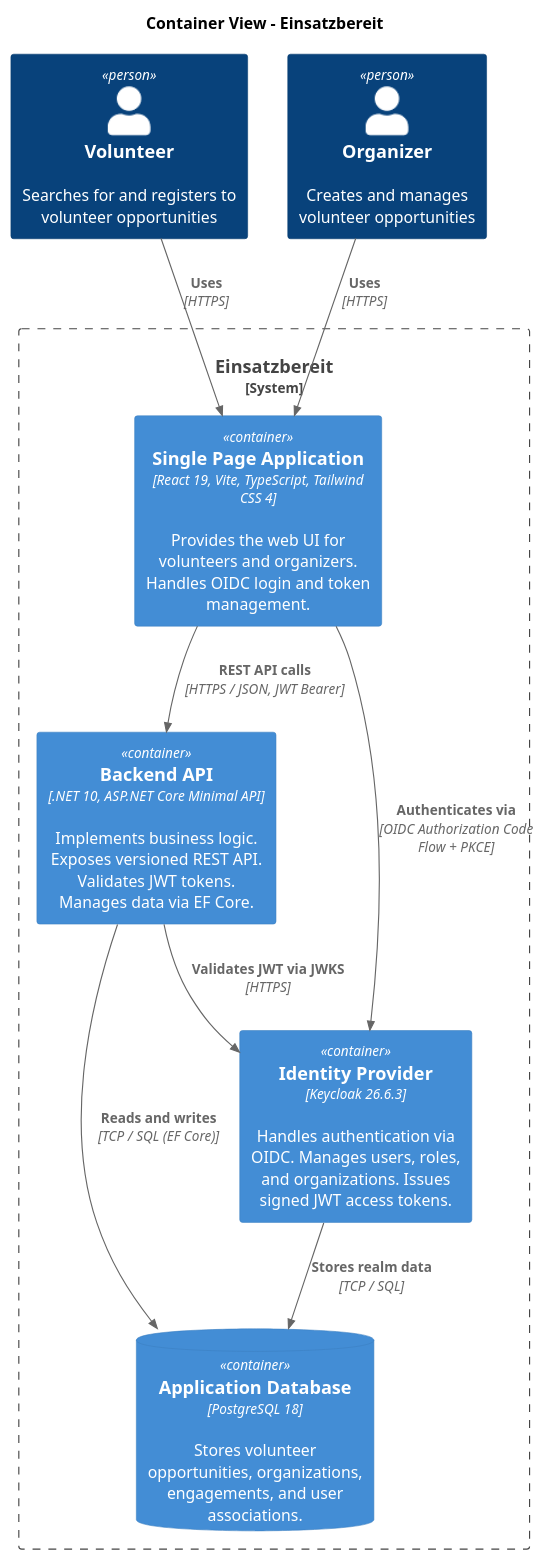
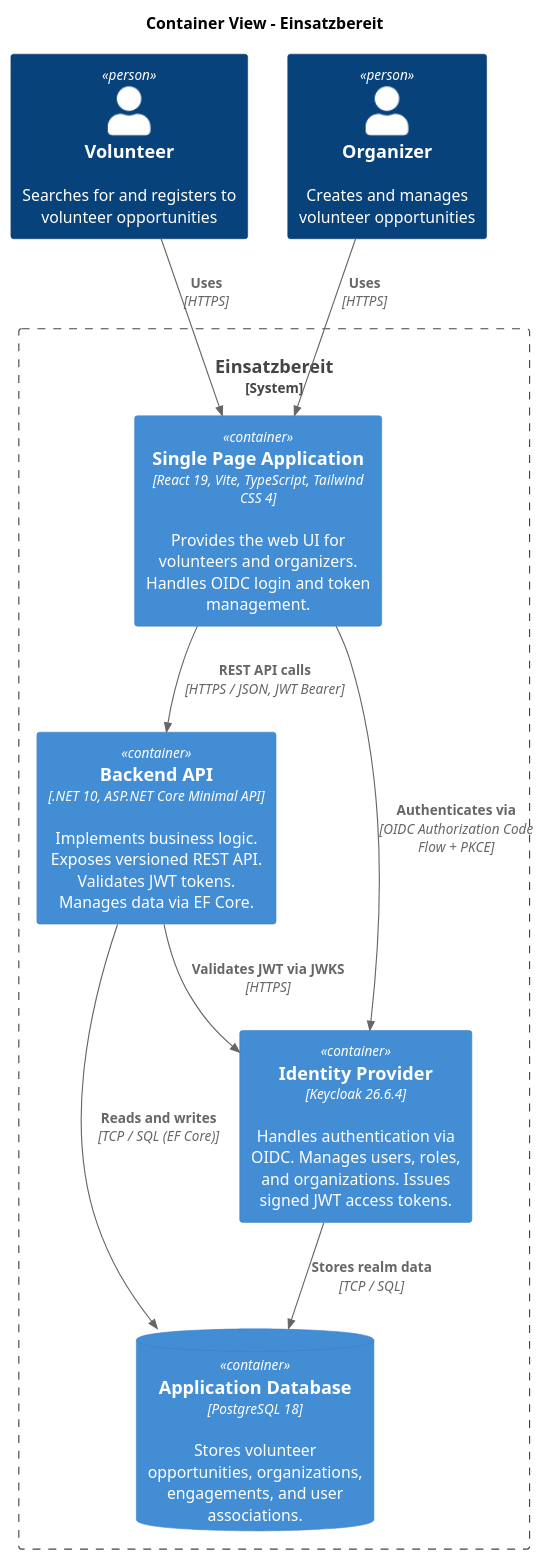
Before and after one commit to maik-hasler/einsatzbereit: the diagram in docs/Architecture/images/container-view.puml, drawn with PlantUML. The commit also changed 6 other files, not shown here.

```diff
--- a/docs/Architecture/images/container-view.puml
+++ b/docs/Architecture/images/container-view.puml
@@ -1,25 +1,25 @@
 @startuml Container View
 
 !include <C4/C4_Container>
 
 title Container View - Einsatzbereit
 
 Person(volunteer, "Volunteer", "Searches for and registers to volunteer opportunities")
 Person(organizer, "Organizer", "Creates and manages volunteer opportunities")
 
 System_Boundary(einsatzbereit, "Einsatzbereit") {
 		Container(frontend, "Single Page Application", "React 19, Vite, TypeScript, Tailwind CSS 4", "Provides the web UI for volunteers and organizers. Handles OIDC login and token management.")
 		Container(backend, "Backend API", ".NET 10, ASP.NET Core Minimal API", "Implements business logic. Exposes versioned REST API. Validates JWT tokens. Manages data via EF Core.")
 		ContainerDb(db, "Application Database", "PostgreSQL 18", "Stores volunteer opportunities, organizations, engagements, and user associations.")
-		Container(keycloak, "Identity Provider", "Keycloak 26.6.3", "Handles authentication via OIDC. Manages users, roles, and organizations. Issues signed JWT access tokens.")
+		Container(keycloak, "Identity Provider", "Keycloak 26.6.4", "Handles authentication via OIDC. Manages users, roles, and organizations. Issues signed JWT access tokens.")
 }
 
 Rel(volunteer, frontend, "Uses", "HTTPS")
 Rel(organizer, frontend, "Uses", "HTTPS")
 Rel(frontend, backend, "REST API calls", "HTTPS / JSON, JWT Bearer")
 Rel(frontend, keycloak, "Authenticates via", "OIDC Authorization Code Flow + PKCE")
 Rel(backend, db, "Reads and writes", "TCP / SQL (EF Core)")
 Rel(backend, keycloak, "Validates JWT via JWKS", "HTTPS")
 Rel(keycloak, db, "Stores realm data", "TCP / SQL")
 
 @enduml
```
